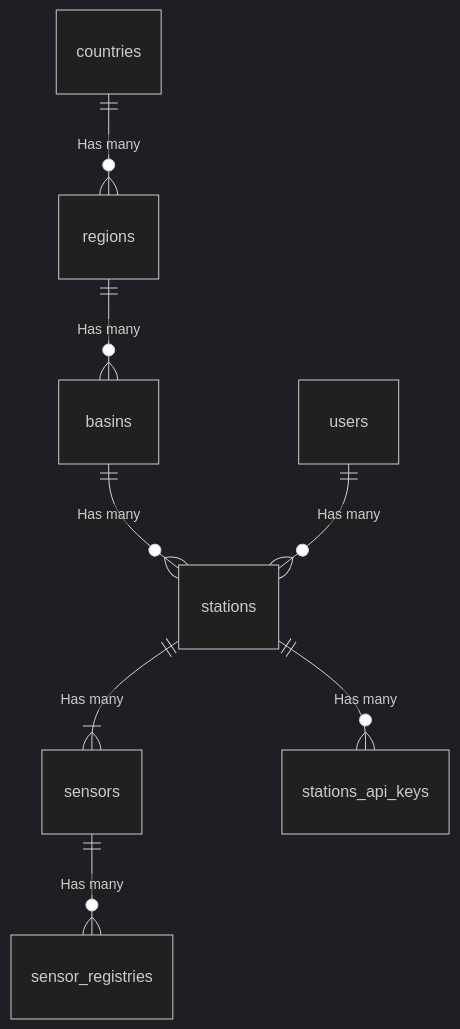
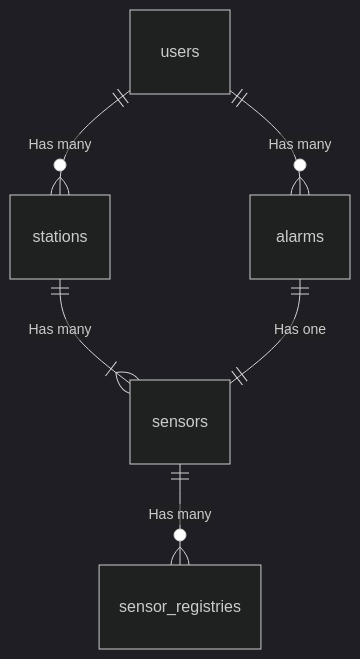
One commit to hidromatologia-v2/docs changed the fourth of 4 diagrams in Database.md. Above: the diagram before and after it, drawn with Mermaid (dark theme). The commit also changed other lines of this file, not shown here.

Commit message:
docs: updated tables ER diagrams

````diff
--- a/Database.md
+++ b/Database.md
@@ -106,13 +79,10 @@
 ```mermaid
 erDiagram
-
-countries ||--o{ regions: "Has many"
-regions ||--o{ basins: "Has many"
-basins ||--o{ stations: "Has many"
 
 users ||--o{ stations: "Has many"
 stations ||--|{ sensors: "Has many"
 sensors ||--o{ sensor_registries: "Has many"
 
-stations ||--o{ stations_api_keys: "Has many"
+users ||--o{ alarms: "Has many"
+alarms ||--|| sensors: "Has one"
 ```
````
